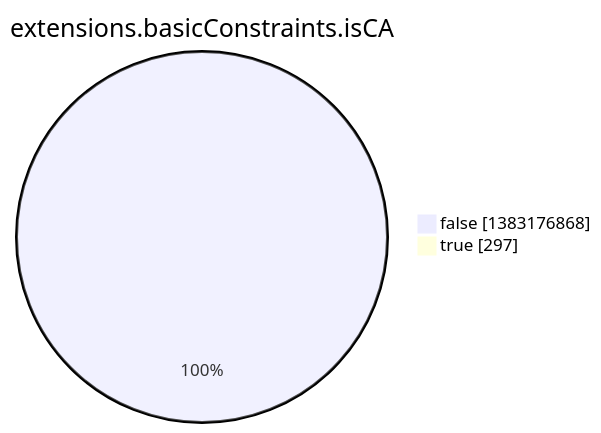
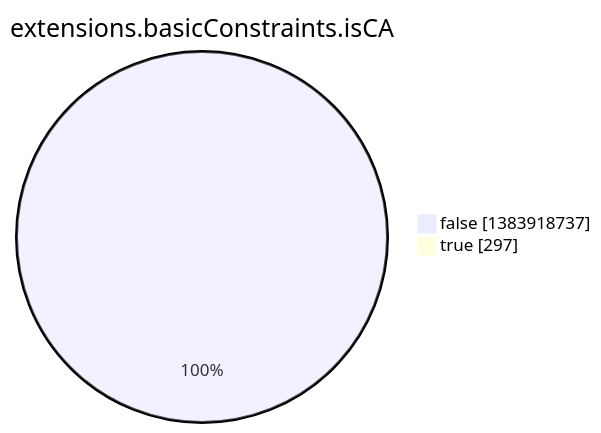
The eighth of 15 diagrams in argon2022/README.md (christiankrug/ctmonitor_visualization), drawn with Mermaid before and after one commit. The commit also changed other lines of this file, not shown here.

````diff
--- a/argon2022/README.md
+++ b/argon2022/README.md
@@ -2759,6 +2759,6 @@
 ```mermaid
 pie showData
 title extensions.basicConstraints.isCA
-"false" :1383176868
+"false" :1383918737
 "true" :297
 ```
````
